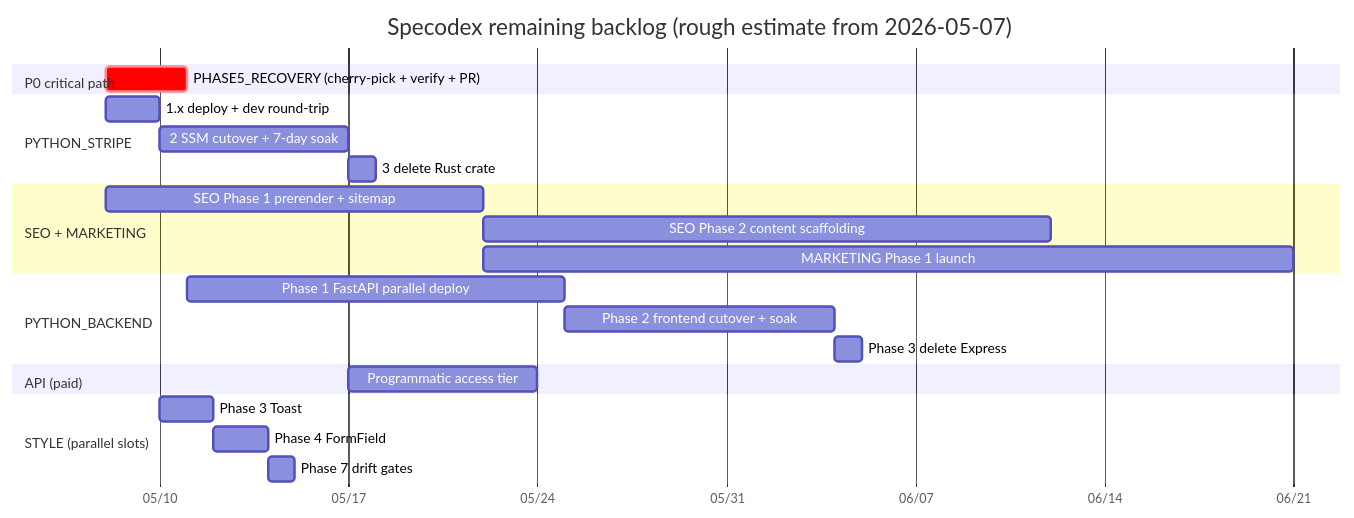
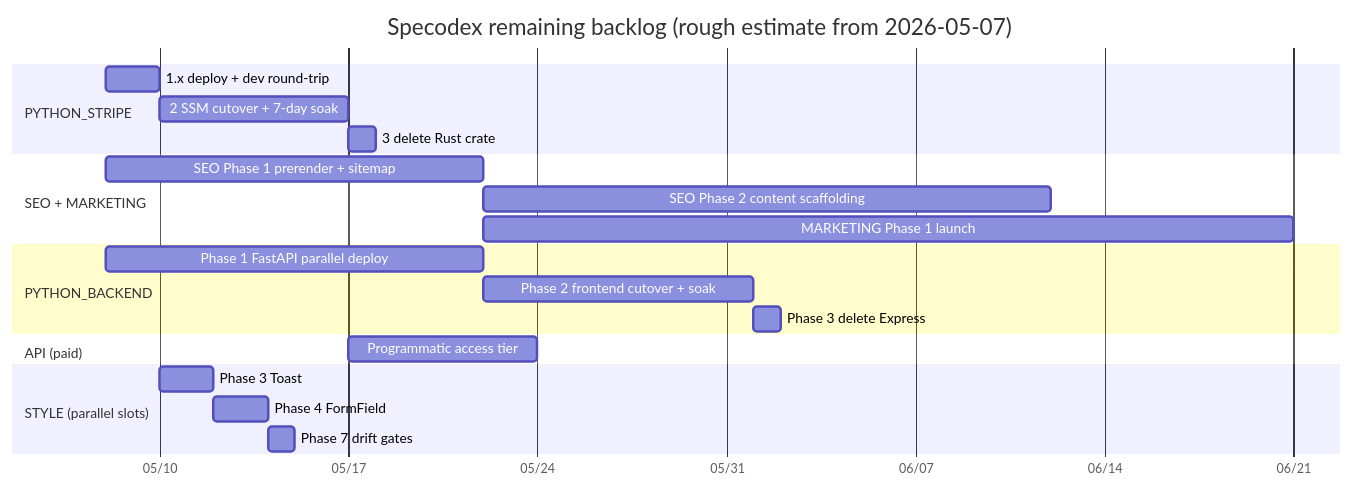
Before and after one commit to JimothyJohn/specodex: the second of 2 diagrams in todo/README.md, drawn with Mermaid. The commit also changed other lines of this file and 17 other files, not shown here.

````diff
--- a/todo/README.md
+++ b/todo/README.md
@@ -160,32 +230,29 @@
 ```mermaid
 gantt
     title Specodex remaining backlog (rough estimate from 2026-05-07)
     dateFormat YYYY-MM-DD
     axisFormat %m/%d
-
-    section P0 critical path
-    PHASE5_RECOVERY (cherry-pick + verify + PR) :crit, p5, 2026-05-08, 3d
 
     section PYTHON_STRIPE
     1.x deploy + dev round-trip      :s1, 2026-05-08, 2d
     2 SSM cutover + 7-day soak       :s2, after s1, 7d
     3 delete Rust crate              :after s2, 1d
 
     section SEO + MARKETING
     SEO Phase 1 prerender + sitemap  :seo1, 2026-05-08, 14d
     SEO Phase 2 content scaffolding  :seo2, after seo1, 21d
     MARKETING Phase 1 launch         :after seo1, 30d
 
     section PYTHON_BACKEND
-    Phase 1 FastAPI parallel deploy  :pb1, after p5, 14d
+    Phase 1 FastAPI parallel deploy  :pb1, 2026-05-08, 14d
     Phase 2 frontend cutover + soak  :pb2, after pb1, 10d
     Phase 3 delete Express           :after pb2, 1d
 
     section API (paid)
     Programmatic access tier         :after s2, 7d
 
     section STYLE (parallel slots)
     Phase 3 Toast                    :st3, 2026-05-10, 2d
     Phase 4 FormField                :st4, after st3, 2d
     Phase 7 drift gates              :after st4, 1d
 ```
````
